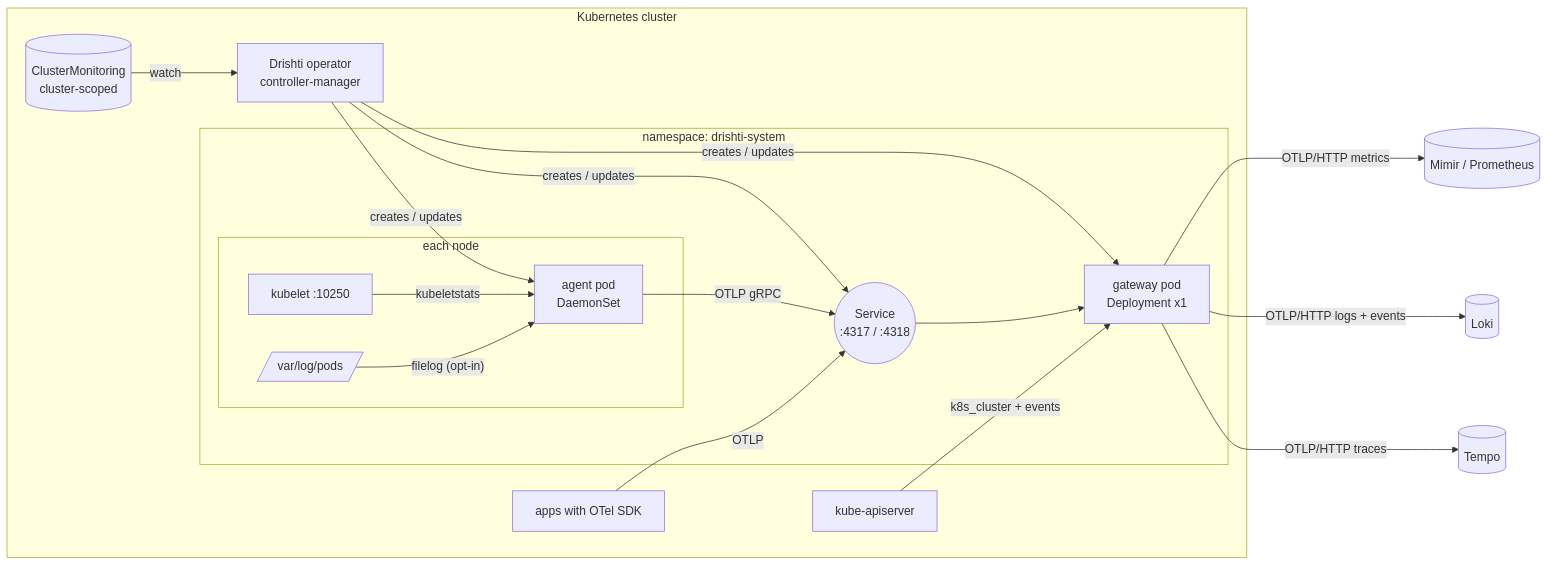
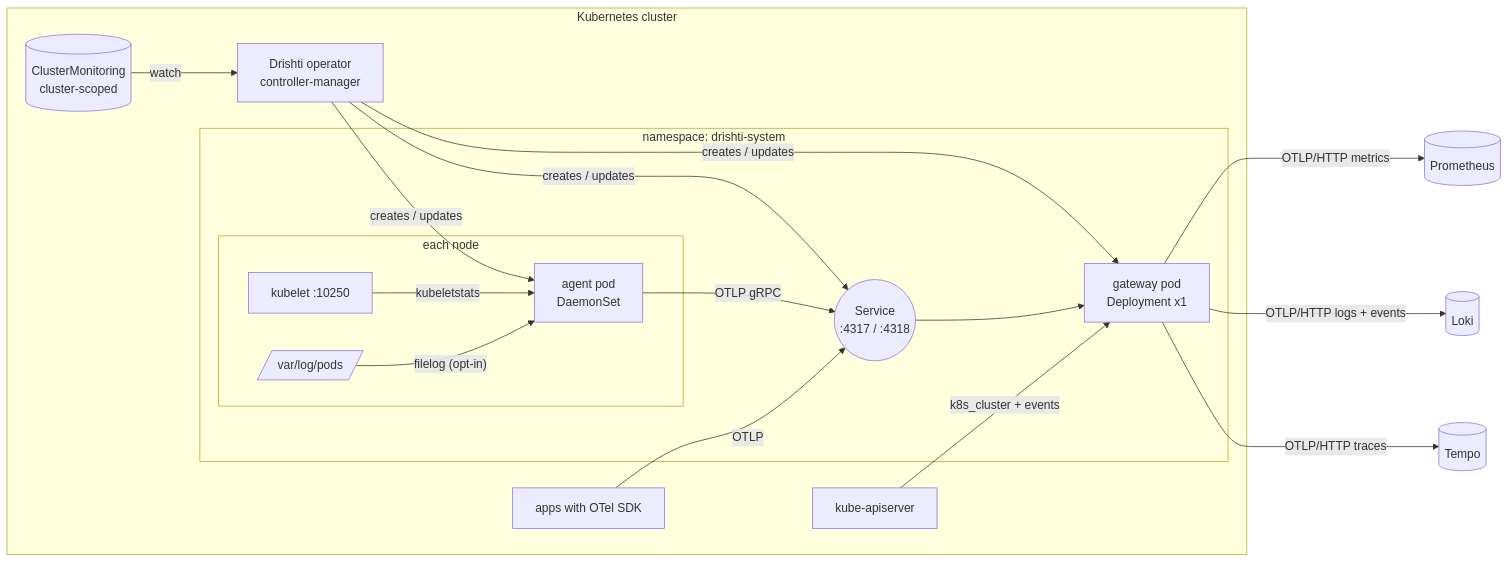
One commit to rupamjbordoloi/kubernetes-operator changed the first of 2 diagrams in README.md. Above: the diagram before and after it, drawn with Mermaid. The commit also changed other lines of this file and 10 other files, not shown here.

````diff
--- a/README.md
+++ b/README.md
@@ -304,30 +416,30 @@
 ```mermaid
 flowchart LR
   subgraph cluster[Kubernetes cluster]
     CR[(ClusterMonitoring<br/>cluster-scoped)]
     OP[Drishti operator<br/>controller-manager]
     CR -- watch --> OP
 
     subgraph ns[namespace: drishti-system]
       subgraph node1[each node]
         AG[agent pod<br/>DaemonSet]
         KL[kubelet :10250]
         LOGS[/var/log/pods/]
       end
       GW[gateway pod<br/>Deployment x1]
       SVC((Service<br/>:4317 / :4318))
     end
     API[kube-apiserver]
     APPS[apps with OTel SDK]
 
     OP -- creates / updates --> AG & GW & SVC
     KL -- kubeletstats --> AG
     LOGS -- filelog (opt-in) --> AG
     AG -- OTLP gRPC --> SVC --> GW
     APPS -- OTLP --> SVC
     API -- k8s_cluster + events --> GW
   end
-  GW -- OTLP/HTTP metrics --> MIMIR[(Mimir / Prometheus)]
+  GW -- OTLP/HTTP metrics --> PROM[(Prometheus)]
   GW -- OTLP/HTTP logs + events --> LOKI[(Loki)]
   GW -- OTLP/HTTP traces --> TEMPO[(Tempo)]
 ```
````
